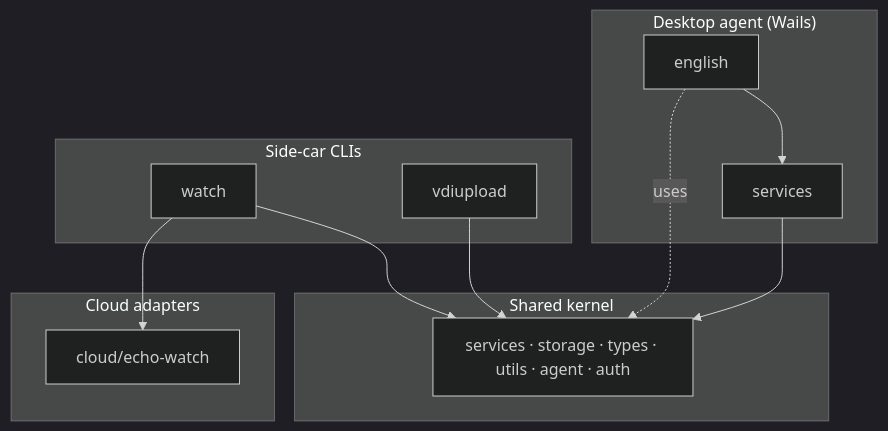
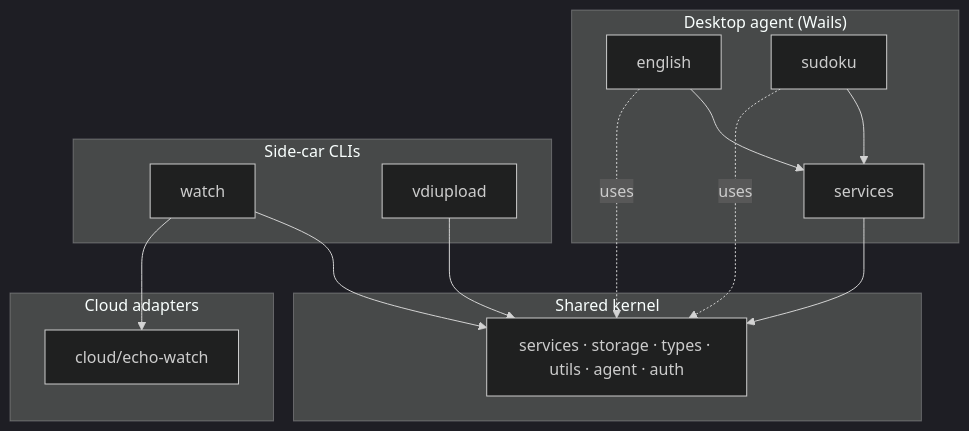
Before and after one commit to zcharym/talus-mofish: the diagram in docs/domains/README.md, drawn with Mermaid (dark theme). The commit also changed other lines of this file and 33 other files, not shown here.

````diff
--- a/docs/domains/README.md
+++ b/docs/domains/README.md
@@ -23,27 +24,30 @@
 ```mermaid
 flowchart TB
   subgraph desktop["Desktop agent (Wails)"]
     EN[english]
+    SU[sudoku]
     SVC[services]
     EN --> SVC
+    SU --> SVC
   end
 
   subgraph sidecars["Side-car CLIs"]
     W[watch]
     U[vdiupload]
   end
 
   subgraph cloud["Cloud adapters"]
     CW[cloud/echo-watch]
   end
 
   subgraph kernel["Shared kernel"]
     K[services · storage · types · utils · agent · auth]
   end
 
   SVC --> K
   EN -.->|uses| K
+  SU -.->|uses| K
   W --> K
   U --> K
   W --> CW
 ```
````
